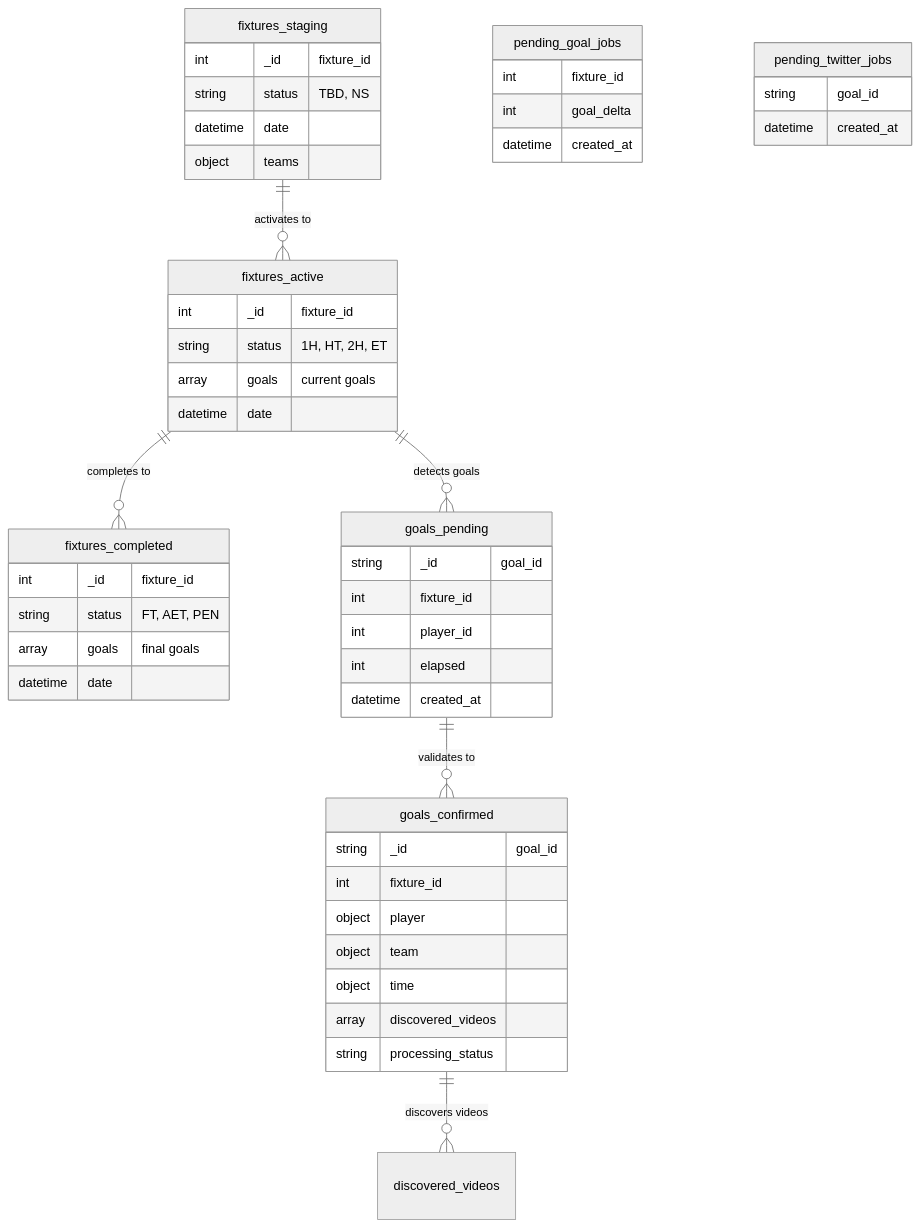
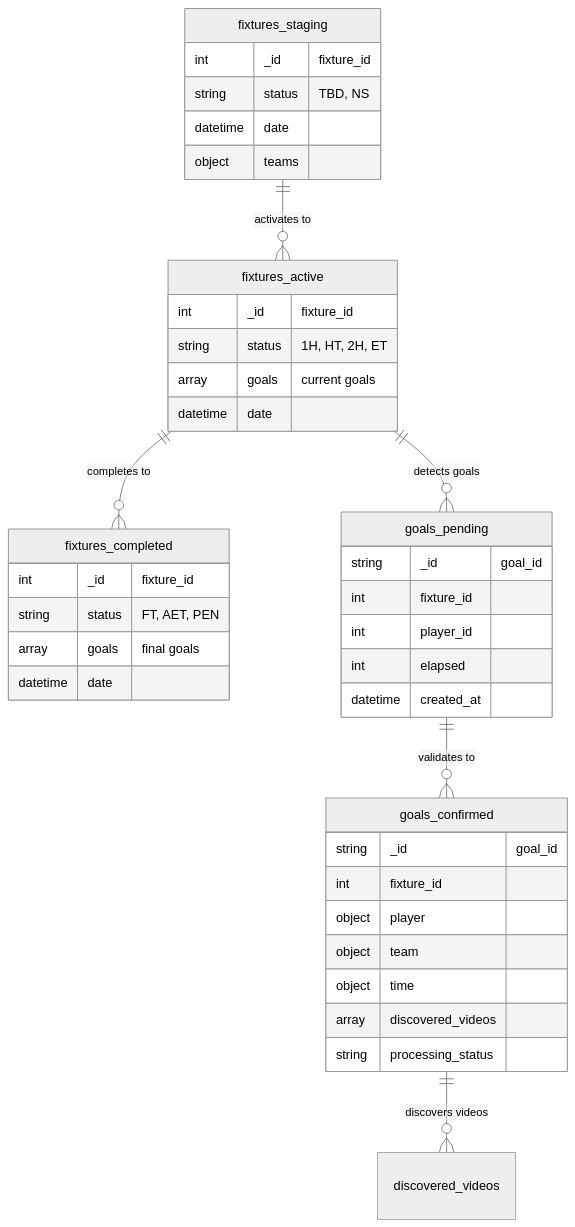
Before and after one commit to vedantadhobley/found-footy: the seventh of 7 diagrams in README.md, drawn with Mermaid (neutral theme). The commit also changed other lines of this file and 22 other files, not shown here.

````diff
--- a/README.md
+++ b/README.md
@@ -354,58 +351,47 @@
 ```mermaid
 erDiagram
     fixtures_staging ||--o{ fixtures_active : "activates to"
     fixtures_active ||--o{ fixtures_completed : "completes to"
     fixtures_active ||--o{ goals_pending : "detects goals"
     goals_pending ||--o{ goals_confirmed : "validates to"
     goals_confirmed ||--o{ discovered_videos : "discovers videos"
     
     fixtures_staging {
         int _id "fixture_id"
         string status "TBD, NS"
         datetime date
         object teams
     }
     
     fixtures_active {
         int _id "fixture_id"
         string status "1H, HT, 2H, ET"
         array goals "current goals"
         datetime date
     }
     
     fixtures_completed {
         int _id "fixture_id"
         string status "FT, AET, PEN"
         array goals "final goals"
         datetime date
     }
     
     goals_pending {
         string _id "goal_id"
         int fixture_id
         int player_id
         int elapsed
         datetime created_at
     }
     
     goals_confirmed {
         string _id "goal_id"
         int fixture_id
         object player
         object team
         object time
         array discovered_videos
         string processing_status
     }
-    
-    pending_goal_jobs {
-        int fixture_id
-        int goal_delta
-        datetime created_at
-    }
-    
-    pending_twitter_jobs {
-        string goal_id
-        datetime created_at
-    }
 ```
````
